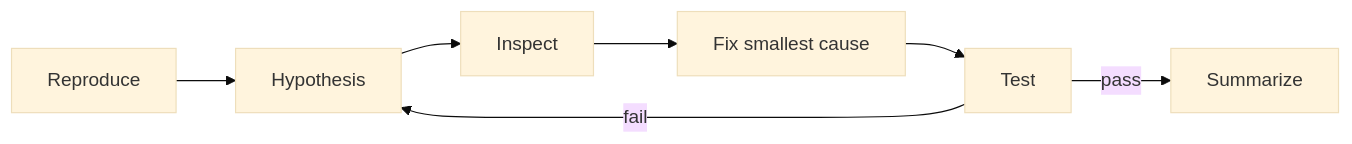
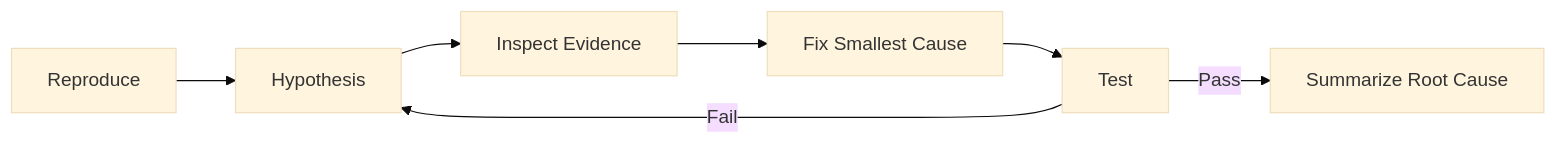
The fifth of 14 diagrams in docs/applications/workflows.md (indigofeather/harness-book), drawn with Mermaid (base theme) before and after one commit. The commit also changed other lines of this file, not shown here.

````diff
--- a/docs/applications/workflows.md
+++ b/docs/applications/workflows.md
@@ -29,9 +104,9 @@
 ```mermaid
 flowchart LR
   R[Reproduce] --> H[Hypothesis]
-  H --> I[Inspect]
-  I --> F[Fix smallest cause]
+  H --> I[Inspect Evidence]
+  I --> F[Fix Smallest Cause]
   F --> T[Test]
-  T -->|fail| H
-  T -->|pass| S[Summarize]
+  T -->|Fail| H
+  T -->|Pass| S[Summarize Root Cause]
 ```
````
